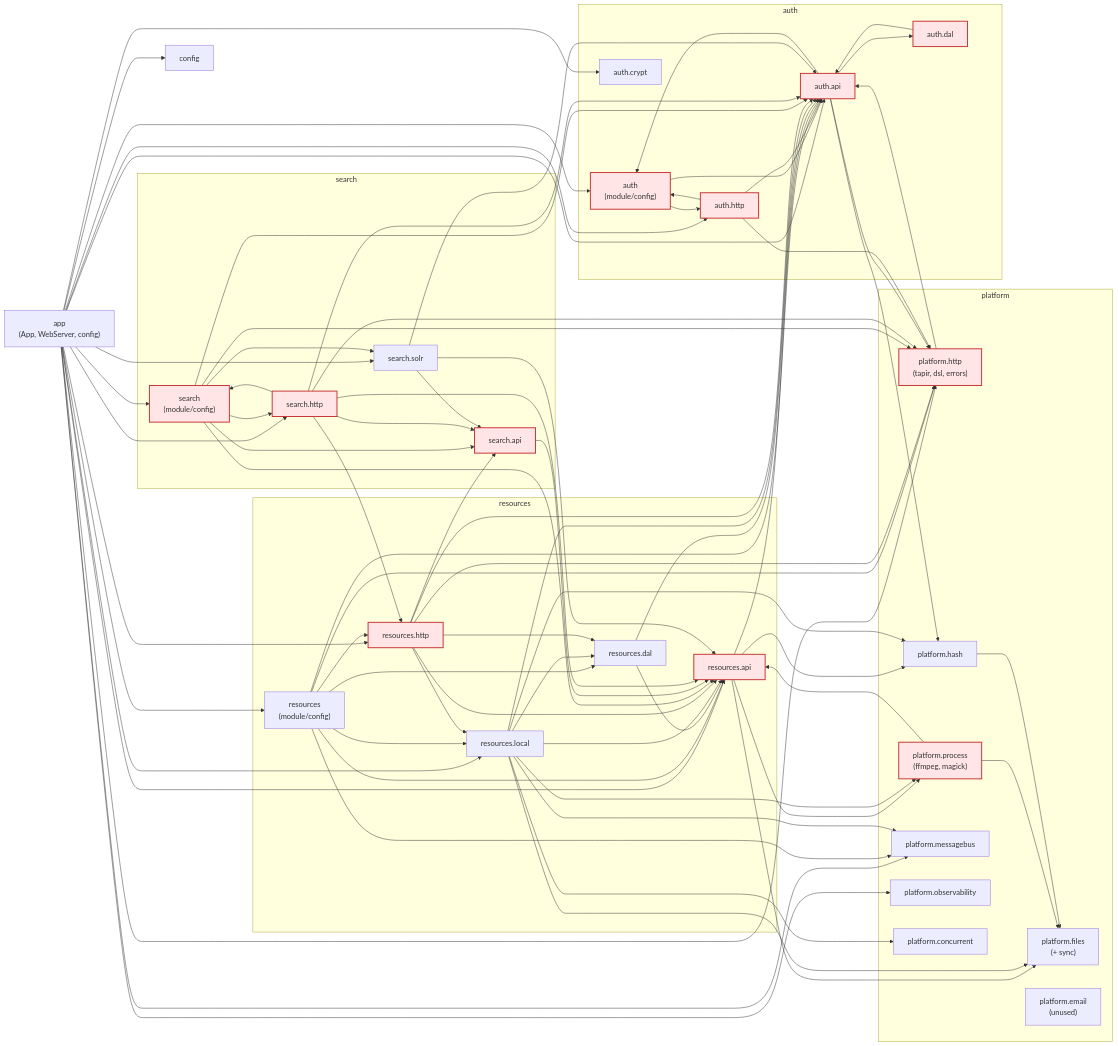
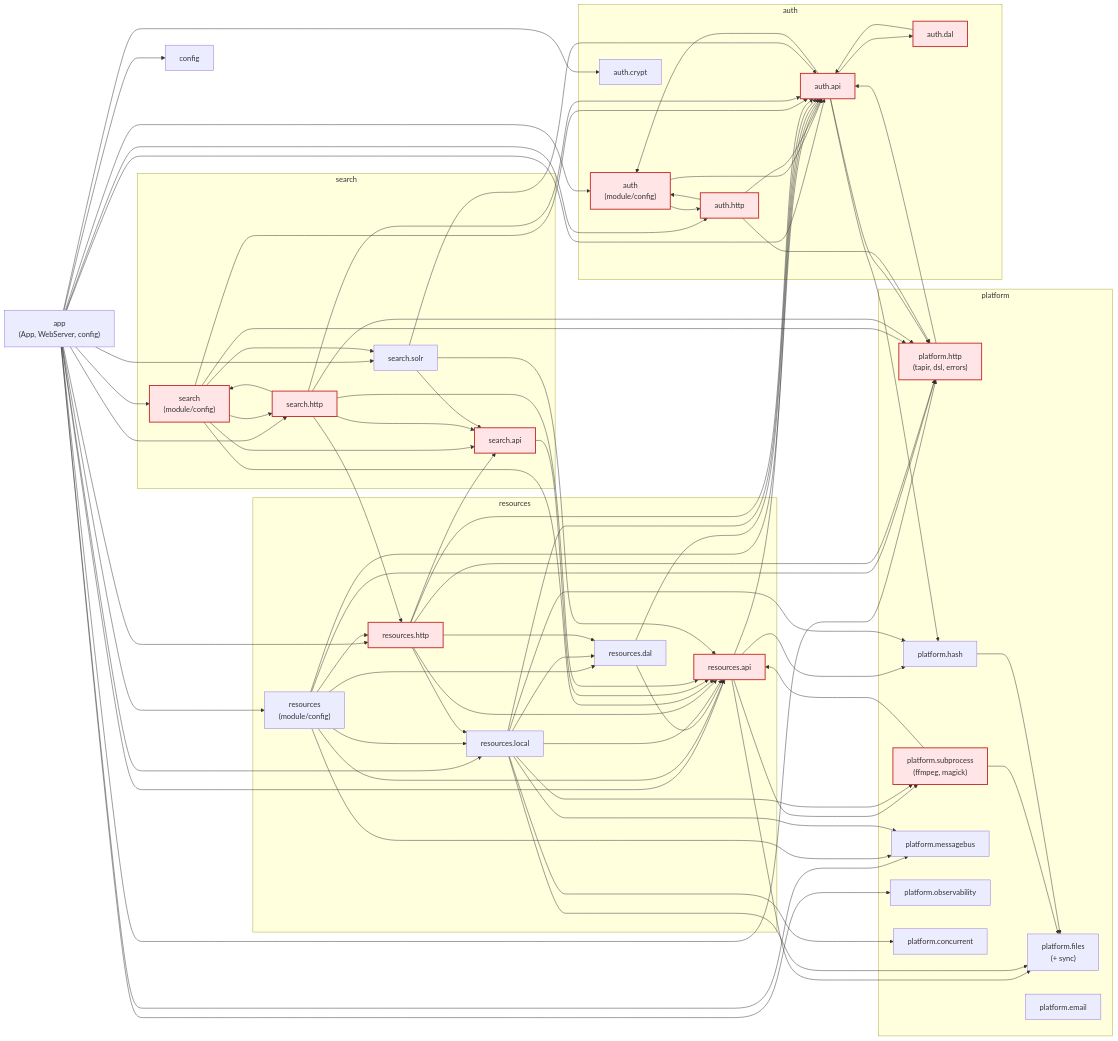
The first of 2 diagrams in docs/modules/module-boundaries.md (merlijn/amony), drawn with Mermaid before and after one commit. The commit also changed other lines of this file and 86 other files, not shown here.

````diff
--- a/docs/modules/module-boundaries.md
+++ b/docs/modules/module-boundaries.md
@@ -22,13 +22,13 @@
 
   subgraph platform_group["platform"]
     platform_http["platform.http<br/>(tapir, dsl, errors)"]
-    platform_process["platform.process<br/>(ffmpeg, magick)"]
+    platform_subprocess["platform.subprocess<br/>(ffmpeg, magick)"]
     platform_files["platform.files<br/>(+ sync)"]
     platform_hash["platform.hash"]
     platform_msg["platform.messagebus"]
     platform_obs["platform.observability"]
     platform_conc["platform.concurrent"]
-    platform_email["platform.email<br/>(unused)"]
+    platform_email["platform.email"]
   end
 
   subgraph auth_group["auth"]
@@ -93,7 +93,7 @@
   res_api --> auth_api
   res_api --> platform_files
   res_api --> platform_hash
-  res_api --> platform_process
+  res_api --> platform_subprocess
   res_dal --> res_api
   res_dal --> auth_api
   res_local --> res_api
@@ -103,7 +103,7 @@
   res_local --> platform_hash
   res_local --> platform_msg
   res_local --> platform_conc
-  res_local --> platform_process
+  res_local --> platform_subprocess
   res_http --> res_api
   res_http --> res_dal
   res_http --> res_local
@@ -129,10 +129,10 @@
   search_solr --> res_api
 
   platform_http --> auth_api
-  platform_process --> res_api
-  platform_process --> platform_files
+  platform_subprocess --> res_api
+  platform_subprocess --> platform_files
   platform_hash --> platform_files
 
   classDef cycle fill:#ffe5e5,stroke:#c53030,stroke-width:2px;
-  class platform_http,auth,auth_api,auth_dal,auth_http,platform_process,res_api,res_http,search_api,search,search_http cycle;
+  class platform_http,auth,auth_api,auth_dal,auth_http,platform_subprocess,res_api,res_http,search_api,search,search_http cycle;
 ```
````
